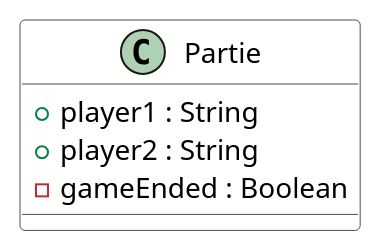
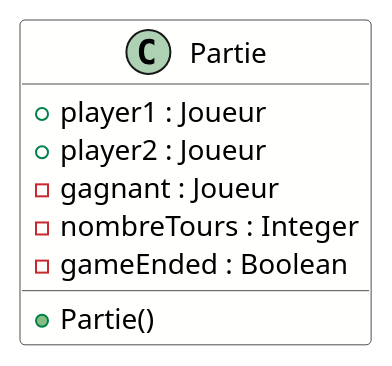
The diagram in uml/Partie.puml (Lienub/ChessGame), drawn with PlantUML before and after one commit. The commit also changed 8 other files, not shown here.

```diff
--- a/uml/Partie.puml
+++ b/uml/Partie.puml
@@ -1,11 +1,15 @@
 @startuml
 skinparam classBorderColor #4F4F4F
 skinparam classBackgroundColor #FFFFFD
 
 class Partie {
-    + player1 : String
-    + player2 : String
+    + player1 : Joueur
+    + player2 : Joueur
+    - gagnant : Joueur
+    - nombreTours : Integer
     - gameEnded : Boolean
+    
+    + Partie()
 }
 
 @enduml
```
